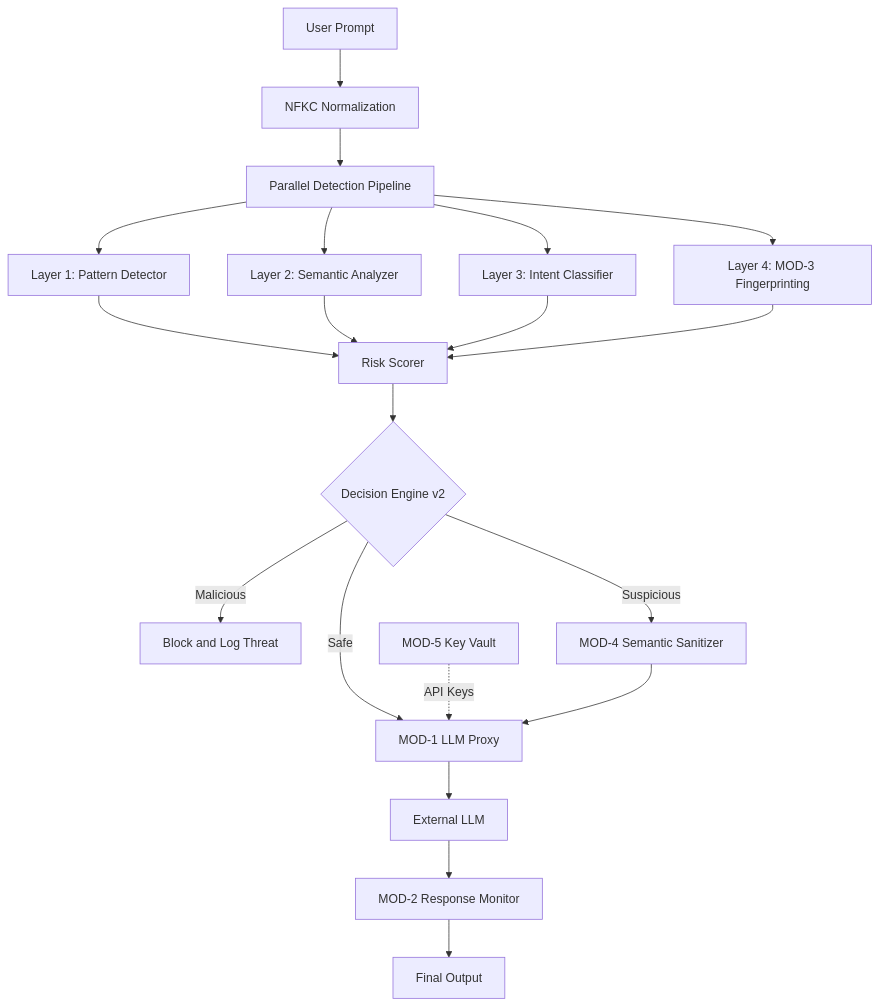
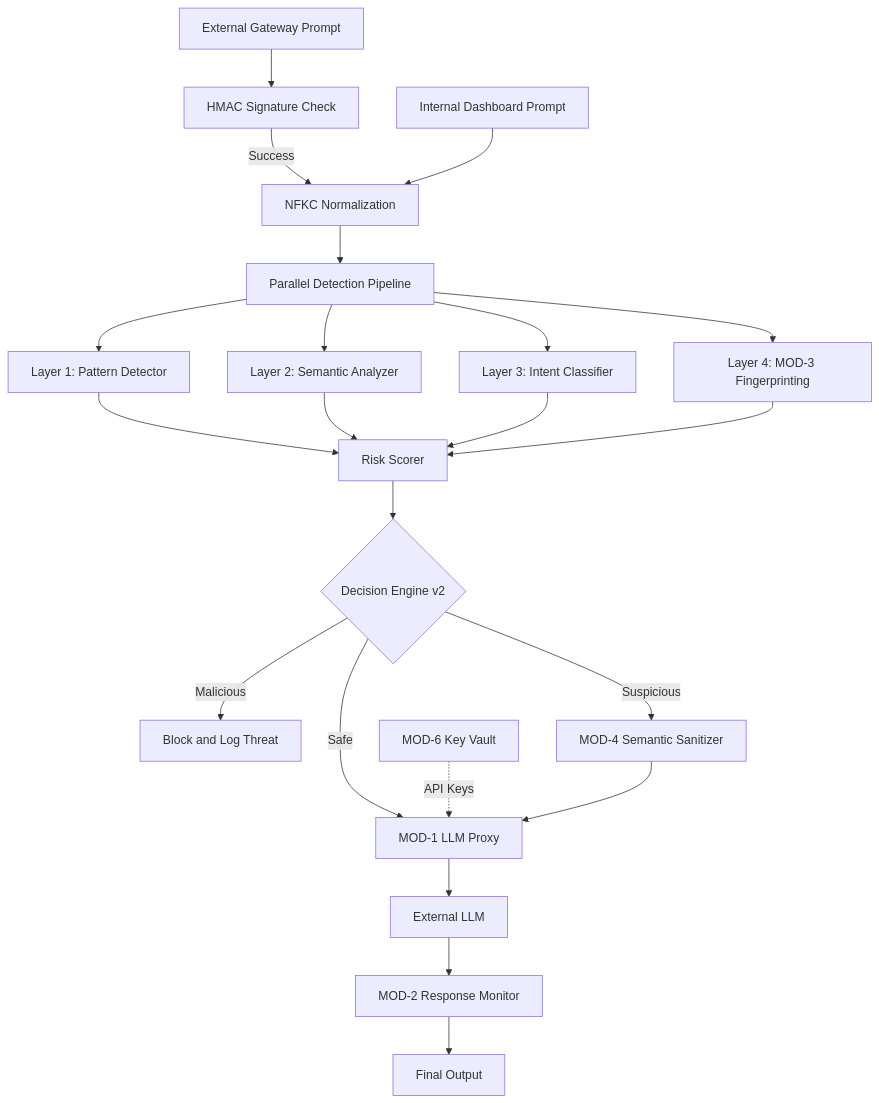
The diagram in documentation/architecture.md (Piyush-Karn/IronGuard-AI), drawn with Mermaid before and after one commit. The commit also changed other lines of this file and 31 other files, not shown here.

````diff
--- a/documentation/architecture.md
+++ b/documentation/architecture.md
@@ -58,30 +63,33 @@
 ```mermaid
 graph TD
-    A[User Prompt] --> B[NFKC Normalization]
-
+    A1[External Gateway Prompt] --> B1[HMAC Signature Check]
+    B1 -->|Success| B[NFKC Normalization]
+    
+    A2[Internal Dashboard Prompt] --> B
+    
     B --> C[Parallel Detection Pipeline]
 
     C --> C1[Layer 1: Pattern Detector]
     C --> C2[Layer 2: Semantic Analyzer]
     C --> C3[Layer 3: Intent Classifier]
     C --> C4[Layer 4: MOD-3 Fingerprinting]
 
     C1 --> D[Risk Scorer]
     C2 --> D
     C3 --> D
     C4 --> D
 
     D --> E{Decision Engine v2}
 
     E -->|Malicious| F[Block and Log Threat]
     E -->|Suspicious| G[MOD-4 Semantic Sanitizer]
     E -->|Safe| H[MOD-1 LLM Proxy]
     
-    V[MOD-5 Key Vault] -.->|API Keys| H
+    V[MOD-6 Key Vault] -.->|API Keys| H
 
     G --> H
 
     H --> I[External LLM]
     I --> J[MOD-2 Response Monitor]
     J --> K[Final Output]
 ```
````
